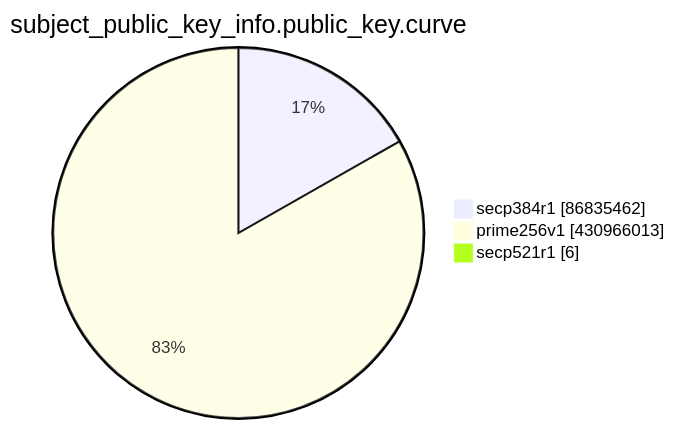
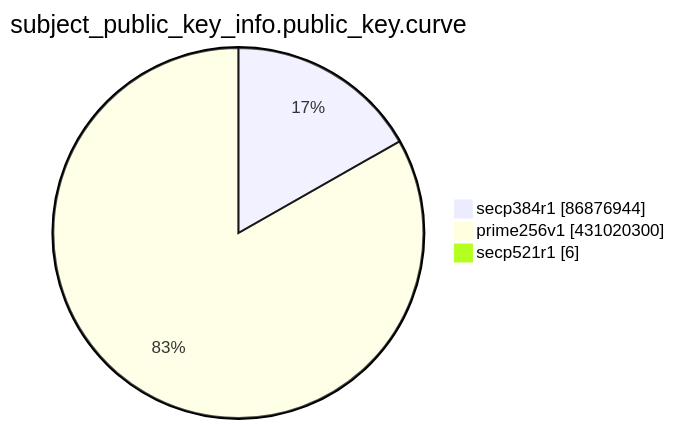
The eighth of 15 diagrams in TOTAL/README.md (christiankrug/ctmonitor_visualization), drawn with Mermaid before and after one commit. The commit also changed other lines of this file, not shown here.

````diff
--- a/TOTAL/README.md
+++ b/TOTAL/README.md
@@ -3100,7 +3100,7 @@
 ```mermaid
 pie showData
 title subject_public_key_info.public_key.curve
-"secp384r1" :86835462
-"prime256v1" :430966013
+"secp384r1" :86876944
+"prime256v1" :431020300
 "secp521r1" :6
 ```
````
